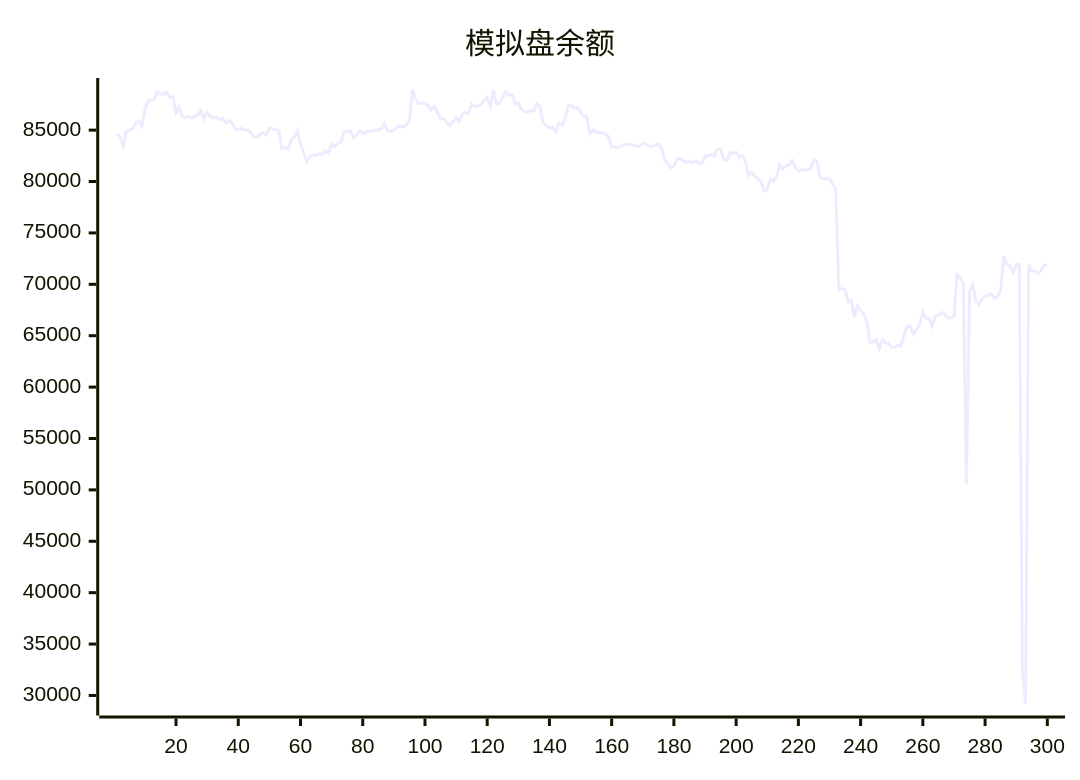
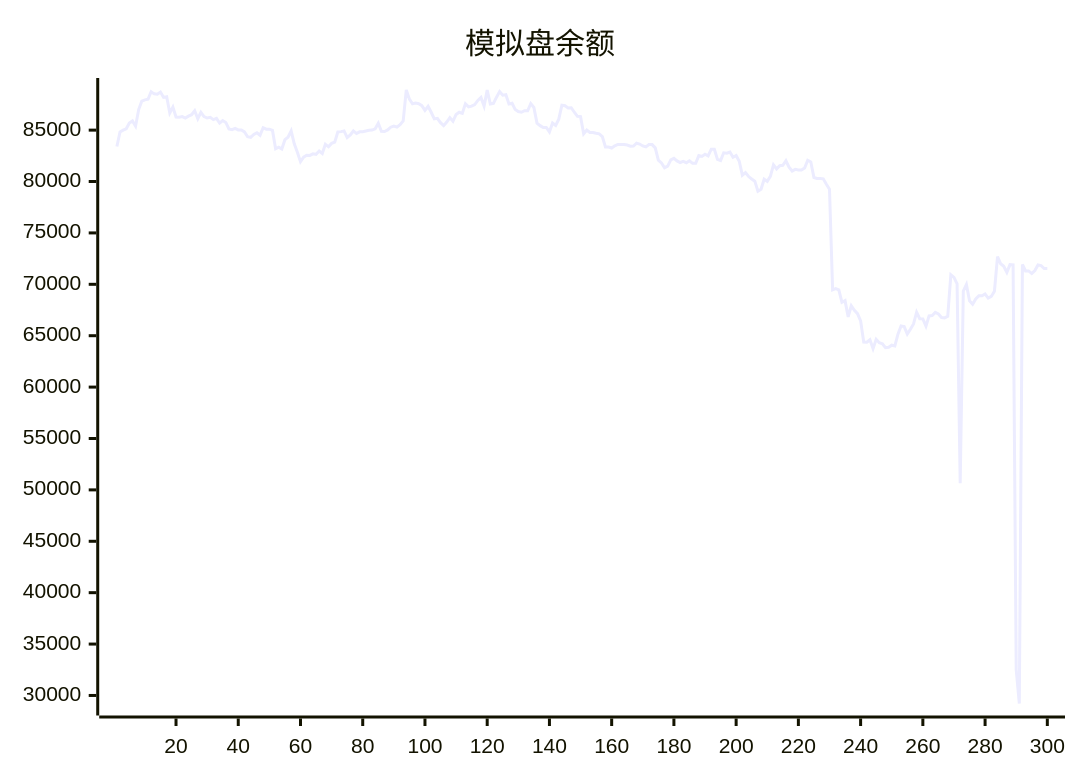
Before and after one commit to aahl/ai-trading: the diagram in README.md, drawn with Mermaid. The commit also changed other lines of this file and 1 other file, not shown here.

````diff
--- a/README.md
+++ b/README.md
@@ -5,5 +5,5 @@
 ```mermaid
 xychart
     title "模拟盘余额"
-    line [84671,84302,83410,84816,85001,85127,85693,85891,85384,87001,87811,87945,88007,88734,88528,88495,88705,88189,88248,86662,87234,86279,86251,86314,86177,86364,86503,86886,86114,86731,86310,86176,86240,86017,86136,85685,85938,85749,85111,85044,85164,85016,85008,84824,84354,84287,84572,84745,84500,85234,85096,85095,84970,83180,83338,83157,84070,84309,84922,83667,82850,81924,82369,82552,82539,82695,82648,82962,82728,83619,83378,83710,83825,84819,84854,84917,84265,84527,84919,84668,84834,84850,84916,84981,85004,85131,85674,84891,84864,85019,85284,85393,85294,85538,85894,88904,88012,87567,87625,87568,87386,86920,87313,86737,86094,86143,85725,85437,85787,86219,85859,86526,86740,86630,87563,87264,87335,87483,87886,88180,87335,88894,87544,87608,88207,88755,88401,88444,87543,87608,87000,86810,86740,86894,86884,87576,87209,85686,85435,85251,85255,84820,85689,85453,86066,87420,87373,87161,87178,86740,86341,86315,84643,85012,84772,84768,84690,84635,84376,83360,83357,83259,83474,83608,83606,83602,83548,83440,83454,83724,83644,83464,83365,83590,83592,83275,82072,81806,81344,81492,82109,82254,82006,81848,81955,81829,82022,81769,81776,82522,82441,82656,82498,83144,83144,82150,82038,82797,82763,82872,82367,82536,81981,80612,80862,80484,80242,80034,79063,79245,80226,80016,80507,81625,81233,81544,81578,82016,81401,81019,81186,81130,81118,81306,82066,81909,80392,80304,80291,80258,79729,79261,69466,69579,69456,68251,68415,66832,67911,67462,67144,66432,64380,64375,64606,63740,64647,64324,64216,63842,63877,64078,64008,65156,65945,65888,65157,65625,66144,67284,66653,66639,65924,66925,66956,67263,67108,66766,66729,66886,70927,70673,70049,50652,69334,69973,68400,68061,68578,68876,68879,69055,68662,68822,69329,72687,71999,71760,71162,71911,71896,32500,29218,71927,71297,71305,71044,71337,71883,71822]
+    line [83410,84816,85001,85127,85693,85891,85384,87001,87811,87945,88007,88734,88528,88495,88705,88189,88248,86662,87234,86279,86251,86314,86177,86364,86503,86886,86114,86731,86310,86176,86240,86017,86136,85685,85938,85749,85111,85044,85164,85016,85008,84824,84354,84287,84572,84745,84500,85234,85096,85095,84970,83180,83338,83157,84070,84309,84922,83667,82850,81924,82369,82552,82539,82695,82648,82962,82728,83619,83378,83710,83825,84819,84854,84917,84265,84527,84919,84668,84834,84850,84916,84981,85004,85131,85674,84891,84864,85019,85284,85393,85294,85538,85894,88904,88012,87567,87625,87568,87386,86920,87313,86737,86094,86143,85725,85437,85787,86219,85859,86526,86740,86630,87563,87264,87335,87483,87886,88180,87335,88894,87544,87608,88207,88755,88401,88444,87543,87608,87000,86810,86740,86894,86884,87576,87209,85686,85435,85251,85255,84820,85689,85453,86066,87420,87373,87161,87178,86740,86341,86315,84643,85012,84772,84768,84690,84635,84376,83360,83357,83259,83474,83608,83606,83602,83548,83440,83454,83724,83644,83464,83365,83590,83592,83275,82072,81806,81344,81492,82109,82254,82006,81848,81955,81829,82022,81769,81776,82522,82441,82656,82498,83144,83144,82150,82038,82797,82763,82872,82367,82536,81981,80612,80862,80484,80242,80034,79063,79245,80226,80016,80507,81625,81233,81544,81578,82016,81401,81019,81186,81130,81118,81306,82066,81909,80392,80304,80291,80258,79729,79261,69466,69579,69456,68251,68415,66832,67911,67462,67144,66432,64380,64375,64606,63740,64647,64324,64216,63842,63877,64078,64008,65156,65945,65888,65157,65625,66144,67284,66653,66639,65924,66925,66956,67263,67108,66766,66729,66886,70927,70673,70049,50652,69334,69973,68400,68061,68578,68876,68879,69055,68662,68822,69329,72687,71999,71760,71162,71911,71896,32500,29218,71927,71297,71305,71044,71337,71883,71822,71536,71536]
 ```
````
